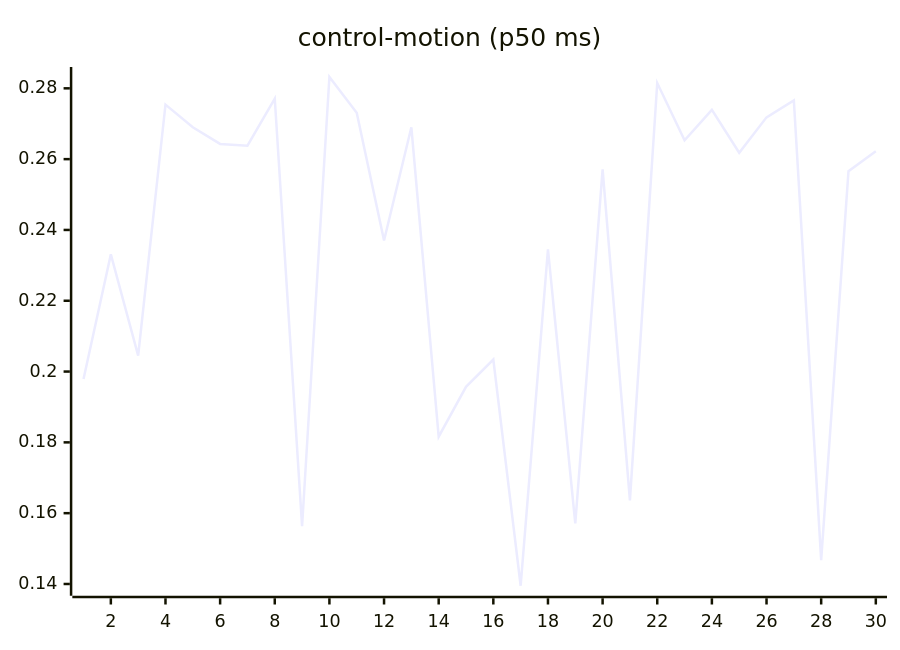
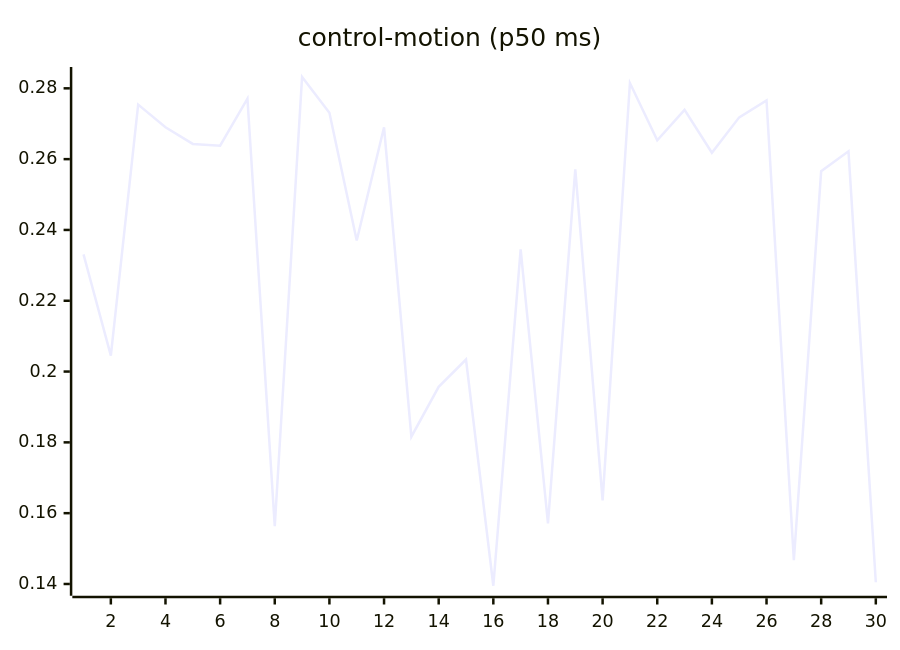
The seventh of 27 diagrams in README.md (josha/Facet), drawn with Mermaid before and after one commit. The commit also changed other lines of this file and 2 other files, not shown here.

````diff
--- a/README.md
+++ b/README.md
@@ -105,6 +105,6 @@
 ```mermaid
 xychart-beta
     title "control-motion (p50 ms)"
     x-axis 1 --> 30
-    line [0.1979, 0.2331, 0.2045, 0.2754, 0.2690, 0.2643, 0.2638, 0.2771, 0.1563, 0.2832, 0.2731, 0.2370, 0.2690, 0.1816, 0.1957, 0.2034, 0.1395, 0.2345, 0.1571, 0.2571, 0.1636, 0.2815, 0.2653, 0.2739, 0.2618, 0.2718, 0.2766, 0.1467, 0.2566, 0.2622]
+    line [0.2331, 0.2045, 0.2754, 0.2690, 0.2643, 0.2638, 0.2771, 0.1563, 0.2832, 0.2731, 0.2370, 0.2690, 0.1816, 0.1957, 0.2034, 0.1395, 0.2345, 0.1571, 0.2571, 0.1636, 0.2815, 0.2653, 0.2739, 0.2618, 0.2718, 0.2766, 0.1467, 0.2566, 0.2622, 0.1405]
 ```
````
